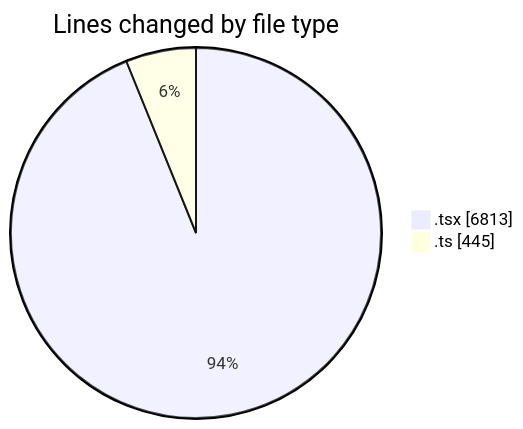
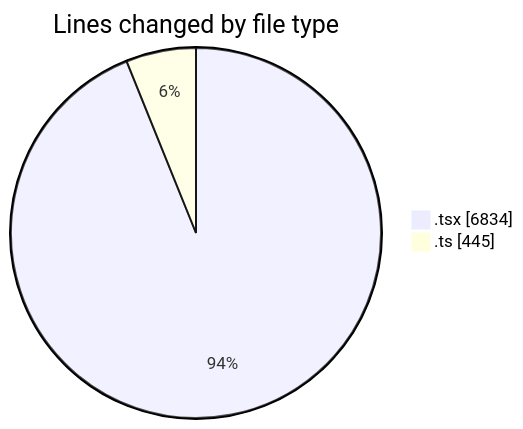
Before and after one commit to momahboobian/code-tracking: the first of 2 diagrams in 2025-09-24/cda/README.md, drawn with Mermaid. The commit also changed other lines of this file and 1 other file, not shown here.

````diff
--- a/2025-09-24/cda/README.md
+++ b/2025-09-24/cda/README.md
@@ -36,6 +36,6 @@
 ```mermaid
 pie showData
 title Lines changed by file type
-".tsx" : 6813
+".tsx" : 6834
 ".ts" : 445
 ```
````
